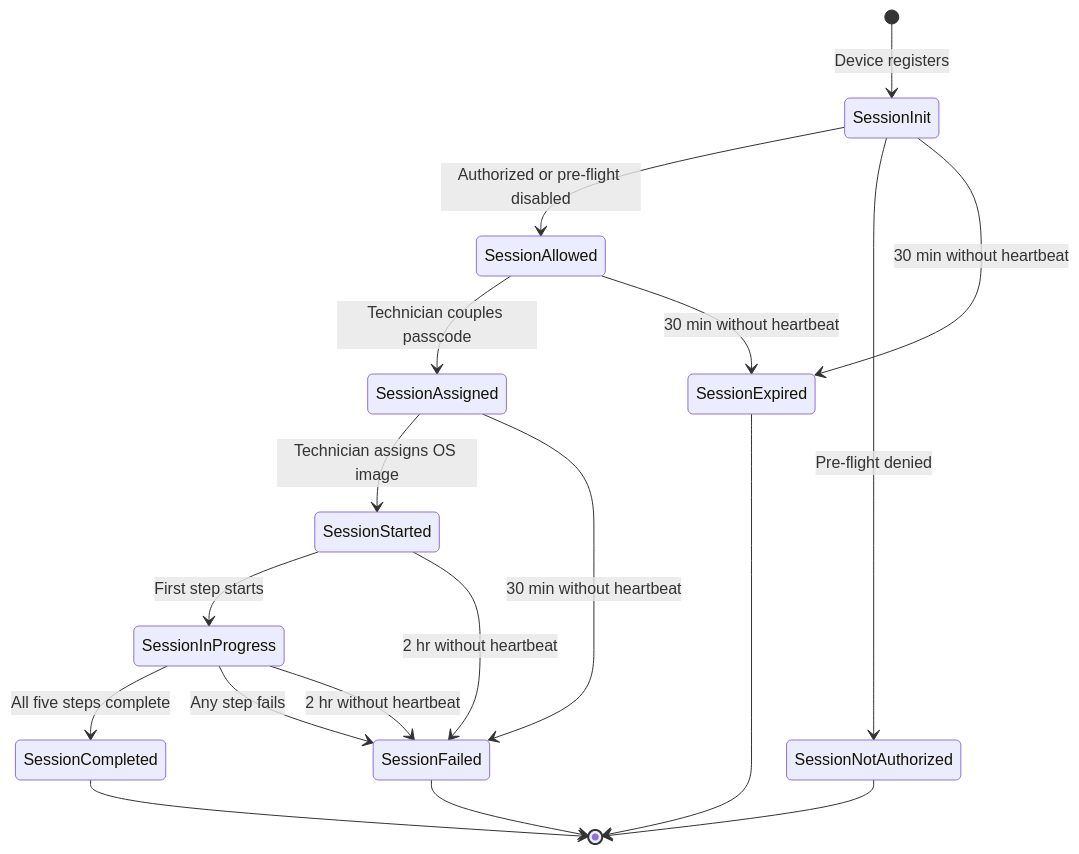
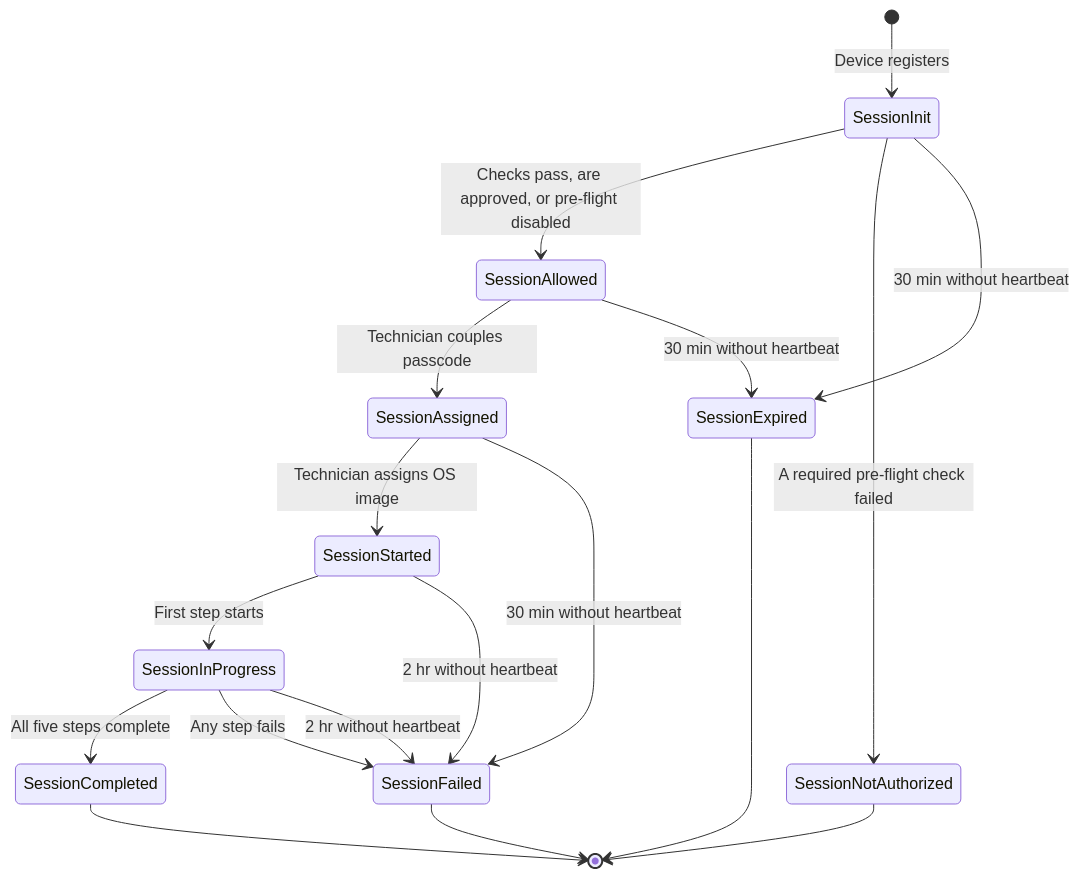
The first of 2 diagrams in docs/session-lifecycle.md (MSEndpointMgr/CloudImaging), drawn with Mermaid before and after one commit. The commit also changed other lines of this file and 171 other files, not shown here.

First line of the commit message:
Add device pre-flight checks, admin overrides and Autopilot registration

````diff
--- a/docs/session-lifecycle.md
+++ b/docs/session-lifecycle.md
@@ -9,23 +9,23 @@
 ```mermaid
 stateDiagram-v2
     [*] --> SessionInit: Device registers
-    SessionInit --> SessionAllowed: Authorized or pre-flight disabled
-    SessionInit --> SessionNotAuthorized: Pre-flight denied
+    SessionInit --> SessionAllowed: Checks pass, are approved, or pre-flight disabled
+    SessionInit --> SessionNotAuthorized: A required pre-flight check failed
 
     SessionAllowed --> SessionAssigned: Technician couples passcode
     SessionAssigned --> SessionStarted: Technician assigns OS image
     SessionStarted --> SessionInProgress: First step starts
     SessionInProgress --> SessionCompleted: All five steps complete
     SessionInProgress --> SessionFailed: Any step fails
 
     SessionInit --> SessionExpired: 30 min without heartbeat
     SessionAllowed --> SessionExpired: 30 min without heartbeat
     SessionAssigned --> SessionFailed: 30 min without heartbeat
     SessionStarted --> SessionFailed: 2 hr without heartbeat
     SessionInProgress --> SessionFailed: 2 hr without heartbeat
 
     SessionCompleted --> [*]
     SessionFailed --> [*]
     SessionNotAuthorized --> [*]
     SessionExpired --> [*]
 ```
````
